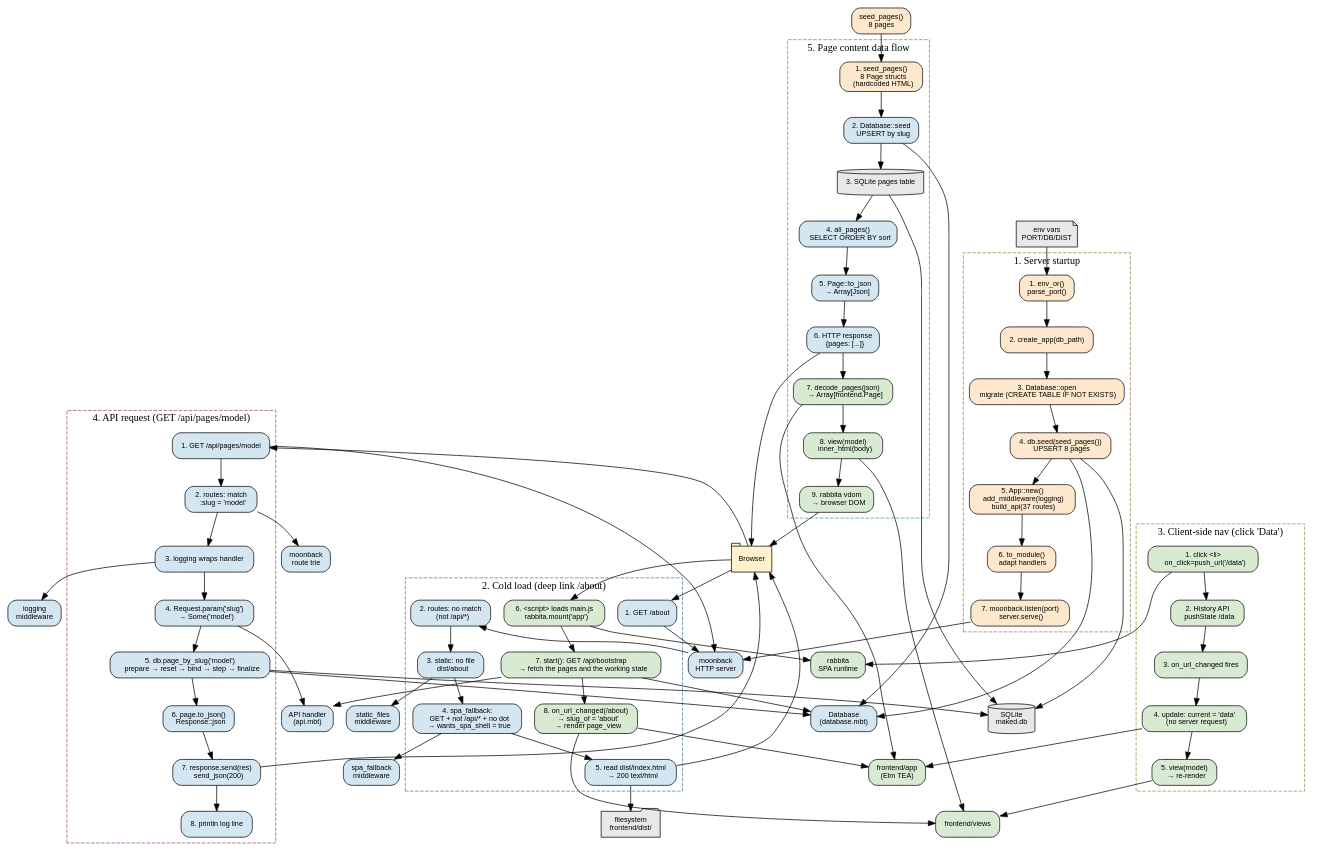
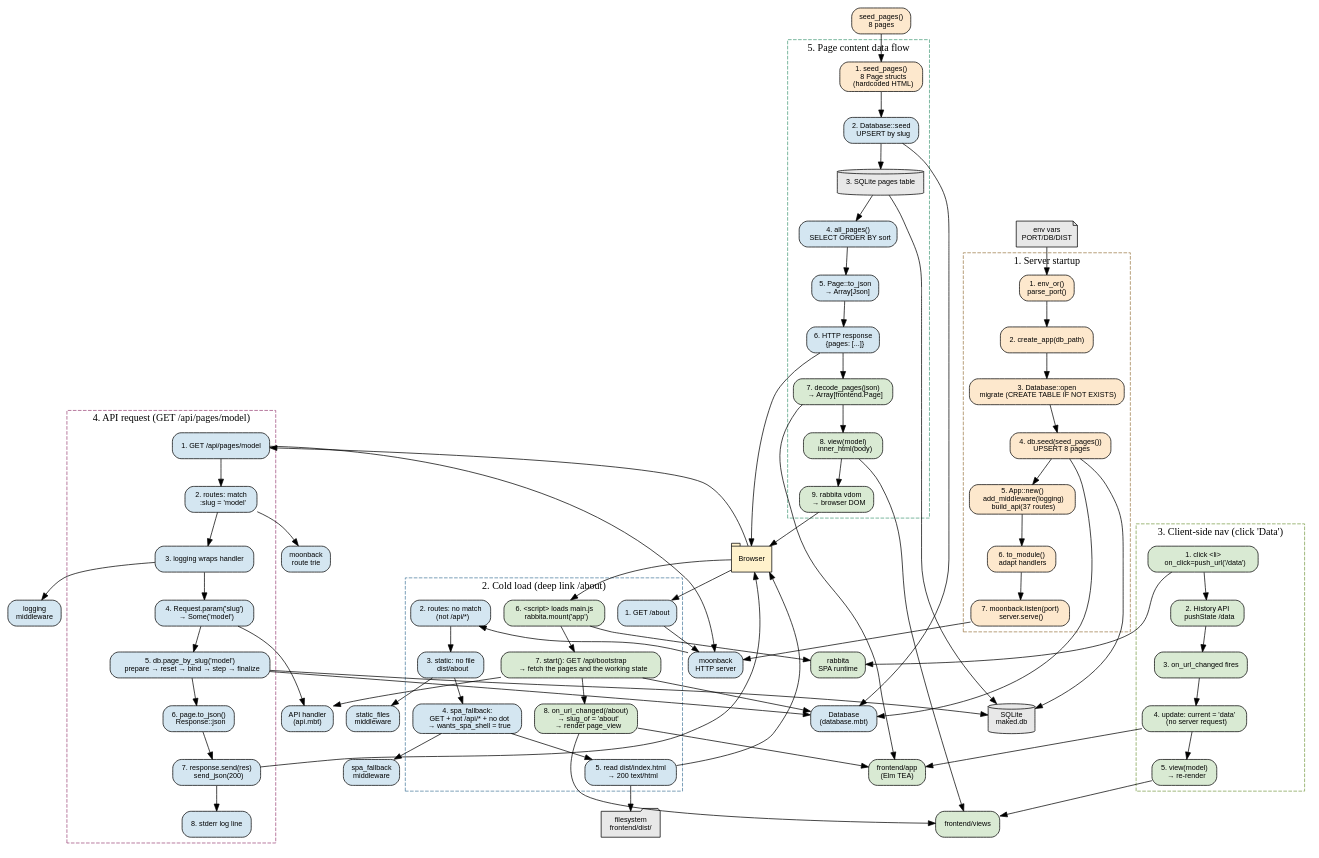
Before and after one commit to riantr/MAKED: the diagram in architecture/flows.dot, drawn with Graphviz. The commit also changed 10 other files, not shown here.

```diff
--- a/architecture/flows.dot
+++ b/architecture/flows.dot
@@ -1,176 +1,176 @@
 // MAKED Flow Graph &mdash; Graphviz DOT
 // Skill: flow-visualizer + graphviz
 //
 // Shows the five key flows: startup, cold load, client nav, API request,
 // and data flow. Each flow is a subgraph with numbered steps.
 // Render: dot -Tsvg flows.dot -o flows.svg
 
 digraph maked_flows {
   rankdir=TB
   node [shape=box, style="rounded,filled", fontname="Helvetica", fontsize=10]
   edge [fontname="Helvetica", fontsize=8]
 
   // --- Shared nodes ---
   browser [label="Browser", shape=tab, fillcolor="#fff2cc"]
   moonback [label="moonback\nHTTP server", fillcolor="#d4e6f1"]
   router [label="moonback\nroute trie", fillcolor="#d4e6f1"]
   logging [label="logging\nmiddleware", fillcolor="#d4e6f1"]
   spa_fb [label="spa_fallback\nmiddleware", fillcolor="#d4e6f1"]
   static_mw [label="static_files\nmiddleware", fillcolor="#d4e6f1"]
   api_handler [label="API handler\n(api.mbt)", fillcolor="#d4e6f1"]
   db [label="Database\n(database.mbt)", fillcolor="#d4e6f1"]
   sqlite [label="SQLite\nmaked.db", shape=cylinder, fillcolor="#e8e8e8"]
   fs [label="filesystem\nfrontend/dist/", shape=folder, fillcolor="#e8e8e8"]
   rabbita [label="rabbita\nSPA runtime", fillcolor="#d9ead3"]
   frontend_app [label="frontend/app\n(Elm TEA)", fillcolor="#d9ead3"]
   frontend_views [label="frontend/views", fillcolor="#d9ead3"]
   seed_data [label="seed_pages()\n8 pages", fillcolor="#fde8cd"]
   env [label="env vars\nPORT/DB/DIST", shape=note, fillcolor="#e8e8e8"]
 
   // ========== Flow 1: Server startup ==========
   subgraph cluster_startup {
     label="1. Server startup"
     style=dashed
     color="#9e7c4a"
 
     s1 [label="1. env_or()\nparse_port()", fillcolor="#fde8cd"]
     s2 [label="2. create_app(db_path)", fillcolor="#fde8cd"]
     s3 [label="3. Database::open\n  migrate (CREATE TABLE IF NOT EXISTS)", fillcolor="#fde8cd"]
     s4 [label="4. db.seed(seed_pages())\n  UPSERT 8 pages", fillcolor="#fde8cd"]
     s5 [label="5. App::new()\n  add_middleware(logging)\n  build_api(37 routes)", fillcolor="#fde8cd"]
     s6 [label="6. to_module()\n  adapt handlers", fillcolor="#fde8cd"]
     s7 [label="7. moonback.listen(port)\n  server.serve()", fillcolor="#fde8cd"]
   }
 
   env -> s1
   s1 -> s2
   s2 -> s3
   s3 -> s4
   s4 -> db
   s4 -> sqlite
   s4 -> s5
   s5 -> s6
   s6 -> s7
   s7 -> moonback
 
   // ========== Flow 2: Cold load (deep link) ==========
   subgraph cluster_cold {
     label="2. Cold load (deep link /about)"
     style=dashed
     color="#4a7c9e"
 
     c1 [label="1. GET /about", fillcolor="#d4e6f1"]
     c2 [label="2. routes: no match\n   (not /api/*)", fillcolor="#d4e6f1"]
     c3 [label="3. static: no file\n   dist/about", fillcolor="#d4e6f1"]
     c4 [label="4. spa_fallback:\n   GET + not /api/* + no dot\n   → wants_spa_shell = true", fillcolor="#d4e6f1"]
     c5 [label="5. read dist/index.html\n   → 200 text/html", fillcolor="#d4e6f1"]
     c6 [label="6. <script> loads main.js\n   rabbita.mount('app')", fillcolor="#d9ead3"]
     c7 [label="7. start(): GET /api/bootstrap\n   → fetch the pages and the working state", fillcolor="#d9ead3"]
     c8 [label="8. on_url_changed(/about)\n   → slug_of = 'about'\n   → render page_view", fillcolor="#d9ead3"]
   }
 
   browser -> c1
   c1 -> moonback
   moonback -> c2
   c2 -> c3
   c3 -> static_mw
   c3 -> c4
   c4 -> spa_fb
   c4 -> c5
   c5 -> fs
   c5 -> browser
   browser -> c6
   c6 -> rabbita
   c6 -> c7
   c7 -> api_handler
   c7 -> db
   c7 -> c8
   c8 -> frontend_app
   c8 -> frontend_views
 
   // ========== Flow 3: Client-side navigation ==========
   subgraph cluster_nav {
     label="3. Client-side nav (click 'Data')"
     style=dashed
     color="#7c9e4a"
 
     n1 [label="1. click <li>\n   on_click=push_url('/data')", fillcolor="#d9ead3"]
     n2 [label="2. History API\n   pushState /data", fillcolor="#d9ead3"]
     n3 [label="3. on_url_changed fires", fillcolor="#d9ead3"]
     n4 [label="4. update: current = 'data'\n   (no server request)", fillcolor="#d9ead3"]
     n5 [label="5. view(model)\n   → re-render", fillcolor="#d9ead3"]
   }
 
   n1 -> rabbita
   n1 -> n2
   n2 -> n3
   n3 -> n4
   n4 -> frontend_app
   n4 -> n5
   n5 -> frontend_views
 
   // ========== Flow 4: API request ==========
   subgraph cluster_api {
     label="4. API request (GET /api/pages/model)"
     style=dashed
     color="#9e4a7c"
 
     a1 [label="1. GET /api/pages/model", fillcolor="#d4e6f1"]
     a2 [label="2. routes: match\n   :slug = 'model'", fillcolor="#d4e6f1"]
     a3 [label="3. logging wraps handler", fillcolor="#d4e6f1"]
     a4 [label="4. Request.param('slug')\n   → Some('model')", fillcolor="#d4e6f1"]
     a5 [label="5. db.page_by_slug('model')\n   prepare → reset → bind → step → finalize", fillcolor="#d4e6f1"]
     a6 [label="6. page.to_json()\n   Response::json", fillcolor="#d4e6f1"]
     a7 [label="7. response.send(res)\n   send_json(200)", fillcolor="#d4e6f1"]
-    a8 [label="8. println log line", fillcolor="#d4e6f1"]
+    a8 [label="8. stderr log line", fillcolor="#d4e6f1"]
   }
 
   browser -> a1
   a1 -> moonback
   a1 -> a2
   a2 -> router
   a2 -> a3
   a3 -> logging
   a3 -> a4
   a4 -> api_handler
   a4 -> a5
   a5 -> db
   a5 -> sqlite
   a5 -> a6
   a6 -> a7
   a7 -> browser
   a7 -> a8
 
   // ========== Flow 5: Data flow ==========
   subgraph cluster_data {
     label="5. Page content data flow"
     style=dashed
     color="#4a9e7c"
 
     d1 [label="1. seed_pages()\n   8 Page structs\n   (hardcoded HTML)", fillcolor="#fde8cd"]
     d2 [label="2. Database::seed\n   UPSERT by slug", fillcolor="#d4e6f1"]
     d3 [label="3. SQLite pages table", shape=cylinder, fillcolor="#e8e8e8"]
     d4 [label="4. all_pages()\n   SELECT ORDER BY sort", fillcolor="#d4e6f1"]
     d5 [label="5. Page::to_json\n   → Array[Json]", fillcolor="#d4e6f1"]
     d6 [label="6. HTTP response\n   {pages: [...]}", fillcolor="#d4e6f1"]
     d7 [label="7. decode_pages(json)\n   → Array[frontend.Page]", fillcolor="#d9ead3"]
     d8 [label="8. view(model)\n   inner_html(body)", fillcolor="#d9ead3"]
     d9 [label="9. rabbita vdom\n   → browser DOM", fillcolor="#d9ead3"]
   }
 
   seed_data -> d1
   d1 -> d2
   d2 -> db
   d2 -> d3
   d3 -> sqlite
   d3 -> d4
   d4 -> d5
   d5 -> d6
   d6 -> browser
   d6 -> d7
   d7 -> frontend_app
   d7 -> d8
   d8 -> frontend_views
   d8 -> d9
   d9 -> browser
 }
```
